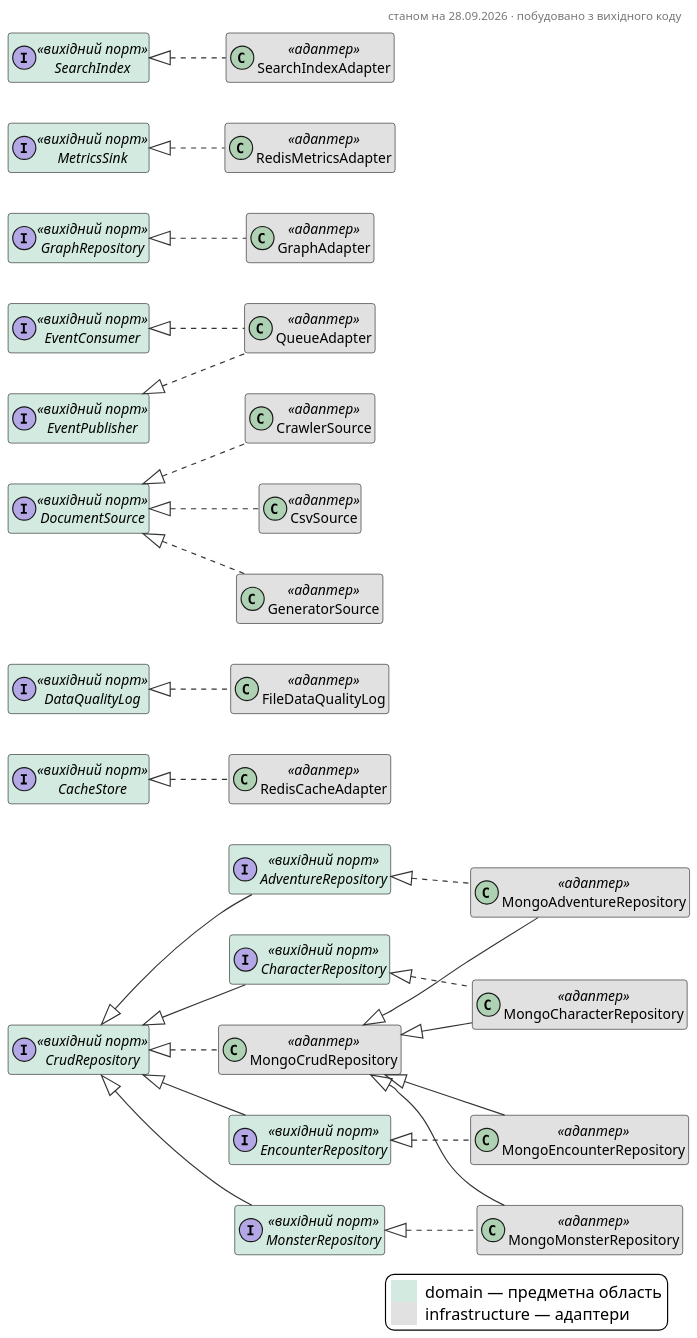
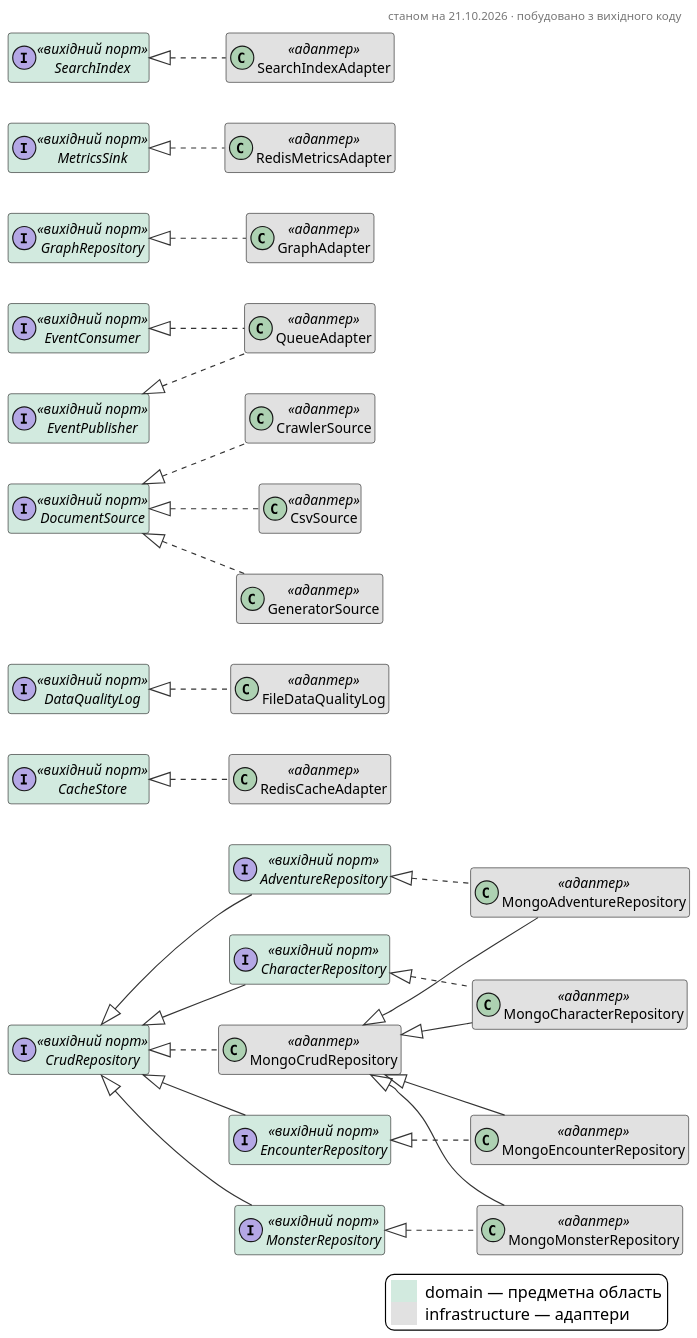
One commit to Oleksiiska/DB_coursework_D-D changed the diagram in docs/diagrams/03-ports-adapters.puml. Above: the diagram before and after it, drawn with PlantUML. The commit also changed 107 other files, not shown here.

```diff
--- a/docs/diagrams/03-ports-adapters.puml
+++ b/docs/diagrams/03-ports-adapters.puml
@@ -1,72 +1,72 @@
 @startuml 03-ports-adapters
 skinparam backgroundColor white
 skinparam shadowing false
 skinparam dpi 150
 skinparam defaultFontSize 12
 skinparam classAttributeIconSize 0
 skinparam packageStyle rectangle
 skinparam ArrowColor #333333
 skinparam HeaderFontColor #777777
 skinparam HeaderFontSize 10
 hide empty members
 
 header
-станом на 28.09.2026 · побудовано з вихідного коду
+станом на 21.10.2026 · побудовано з вихідного коду
 endheader
 
 left to right direction
 interface AdventureRepository <<вихідний порт>> #D2EADF
 interface CacheStore <<вихідний порт>> #D2EADF
 interface CharacterRepository <<вихідний порт>> #D2EADF
 interface CrudRepository <<вихідний порт>> #D2EADF
 interface DataQualityLog <<вихідний порт>> #D2EADF
 interface DocumentSource <<вихідний порт>> #D2EADF
 interface EncounterRepository <<вихідний порт>> #D2EADF
 interface EventConsumer <<вихідний порт>> #D2EADF
 interface EventPublisher <<вихідний порт>> #D2EADF
 interface GraphRepository <<вихідний порт>> #D2EADF
 interface MetricsSink <<вихідний порт>> #D2EADF
 interface MonsterRepository <<вихідний порт>> #D2EADF
 interface SearchIndex <<вихідний порт>> #D2EADF
 class QueueAdapter <<адаптер>> #E1E1E1
 class FileDataQualityLog <<адаптер>> #E1E1E1
 class GraphAdapter <<адаптер>> #E1E1E1
 class MongoAdventureRepository <<адаптер>> #E1E1E1
 class MongoCharacterRepository <<адаптер>> #E1E1E1
 class MongoCrudRepository <<адаптер>> #E1E1E1
 class MongoEncounterRepository <<адаптер>> #E1E1E1
 class MongoMonsterRepository <<адаптер>> #E1E1E1
 class RedisCacheAdapter <<адаптер>> #E1E1E1
 class RedisMetricsAdapter <<адаптер>> #E1E1E1
 class SearchIndexAdapter <<адаптер>> #E1E1E1
 class CrawlerSource <<адаптер>> #E1E1E1
 class CsvSource <<адаптер>> #E1E1E1
 class GeneratorSource <<адаптер>> #E1E1E1
 DocumentSource <|.. CrawlerSource
 DocumentSource <|.. CsvSource
 DataQualityLog <|.. FileDataQualityLog
 DocumentSource <|.. GeneratorSource
 GraphRepository <|.. GraphAdapter
 AdventureRepository <|.. MongoAdventureRepository
 CharacterRepository <|.. MongoCharacterRepository
 CrudRepository <|.. MongoCrudRepository
 EncounterRepository <|.. MongoEncounterRepository
 MonsterRepository <|.. MongoMonsterRepository
 EventConsumer <|.. QueueAdapter
 EventPublisher <|.. QueueAdapter
 CacheStore <|.. RedisCacheAdapter
 MetricsSink <|.. RedisMetricsAdapter
 SearchIndex <|.. SearchIndexAdapter
 CrudRepository <|-- AdventureRepository
 CrudRepository <|-- CharacterRepository
 CrudRepository <|-- EncounterRepository
 MongoCrudRepository <|-- MongoAdventureRepository
 MongoCrudRepository <|-- MongoCharacterRepository
 MongoCrudRepository <|-- MongoEncounterRepository
 MongoCrudRepository <|-- MongoMonsterRepository
 CrudRepository <|-- MonsterRepository
 legend right
 <back:#D2EADF>      </back>  domain — предметна область
 <back:#E1E1E1>      </back>  infrastructure — адаптери
 endlegend
 @enduml
```
